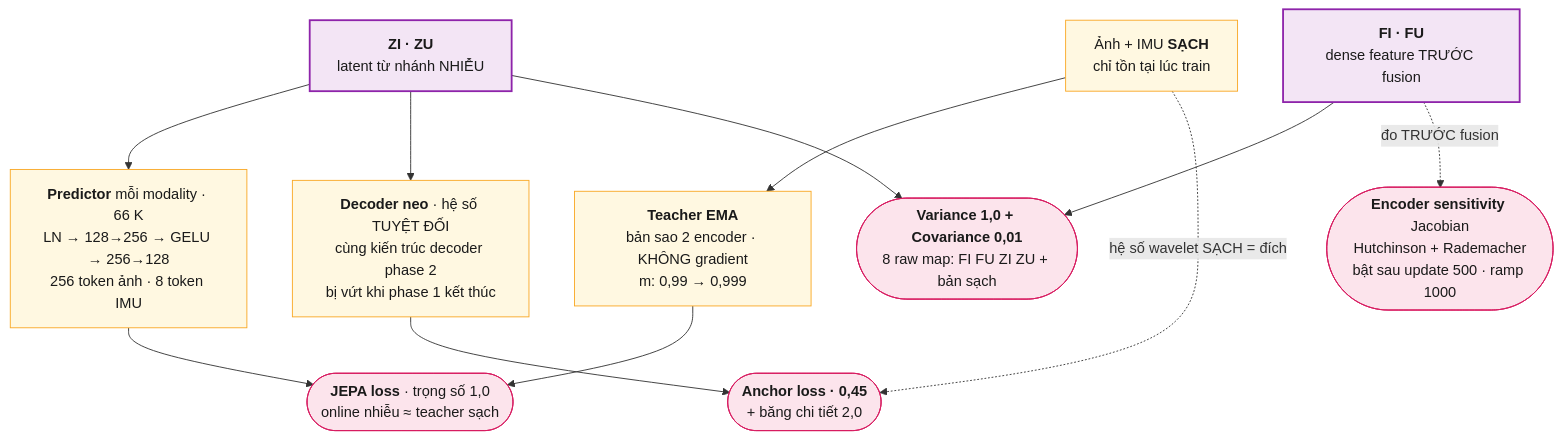
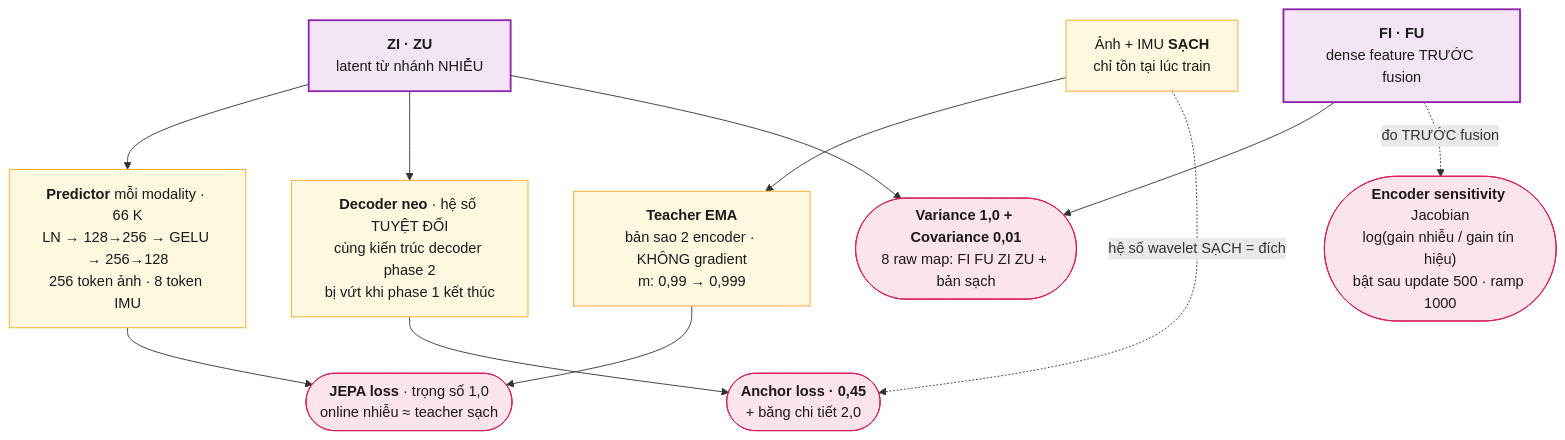
Before and after one commit to leesanghyoek/qwt_jepa_ver3: the third of 4 diagrams in README.md, drawn with Mermaid. The commit also changed other lines of this file and 19 other files, not shown here.

````diff
--- a/README.md
+++ b/README.md
@@ -103,26 +142,26 @@
 ```mermaid
 flowchart TB
     Z["<b>ZI · ZU</b><br/>latent từ nhánh NHIỄU"]
     F["<b>FI · FU</b><br/>dense feature TRƯỚC fusion"]
     CLEAN["Ảnh + IMU <b>SẠCH</b><br/>chỉ tồn tại lúc train"]
     TE["<b>Teacher EMA</b><br/>bản sao 2 encoder · KHÔNG gradient<br/>m: 0,99 → 0,999"]
     PR["<b>Predictor</b> mỗi modality · 66 K<br/>LN → 128→256 → GELU → 256→128<br/>256 token ảnh · 8 token IMU"]
     AN["<b>Decoder neo</b> · hệ số TUYỆT ĐỐI<br/>cùng kiến trúc decoder phase 2<br/>bị vứt khi phase 1 kết thúc"]
     JE(["<b>JEPA loss</b> · trọng số 1,0<br/>online nhiễu ≈ teacher sạch"])
     VC(["<b>Variance 1,0 + Covariance 0,01</b><br/>8 raw map: FI FU ZI ZU + bản sạch"])
-    JA(["<b>Encoder sensitivity</b> Jacobian<br/>Hutchinson + Rademacher<br/>bật sau update 500 · ramp 1000"])
+    JA(["<b>Encoder sensitivity</b> Jacobian<br/>log(gain nhiễu / gain tín hiệu)<br/>bật sau update 500 · ramp 1000"])
     ANL(["<b>Anchor loss · 0,45</b><br/>+ băng chi tiết 2,0"])
     CLEAN --> TE --> JE
     Z --> PR --> JE
     Z --> AN --> ANL
     CLEAN -. "hệ số wavelet SẠCH = đích" .-> ANL
     Z --> VC
     F --> VC
     F -. "đo TRƯỚC fusion" .-> JA
     classDef lat fill:#f3e5f5,stroke:#8e24aa,stroke-width:2px,color:#1a1a1a
     classDef p1 fill:#fff8e1,stroke:#f9a825,color:#1a1a1a
     classDef loss fill:#fce4ec,stroke:#d81b60,color:#1a1a1a
     class Z,F lat
     class CLEAN,TE,PR,AN p1
     class JE,VC,JA,ANL loss
 ```
````
